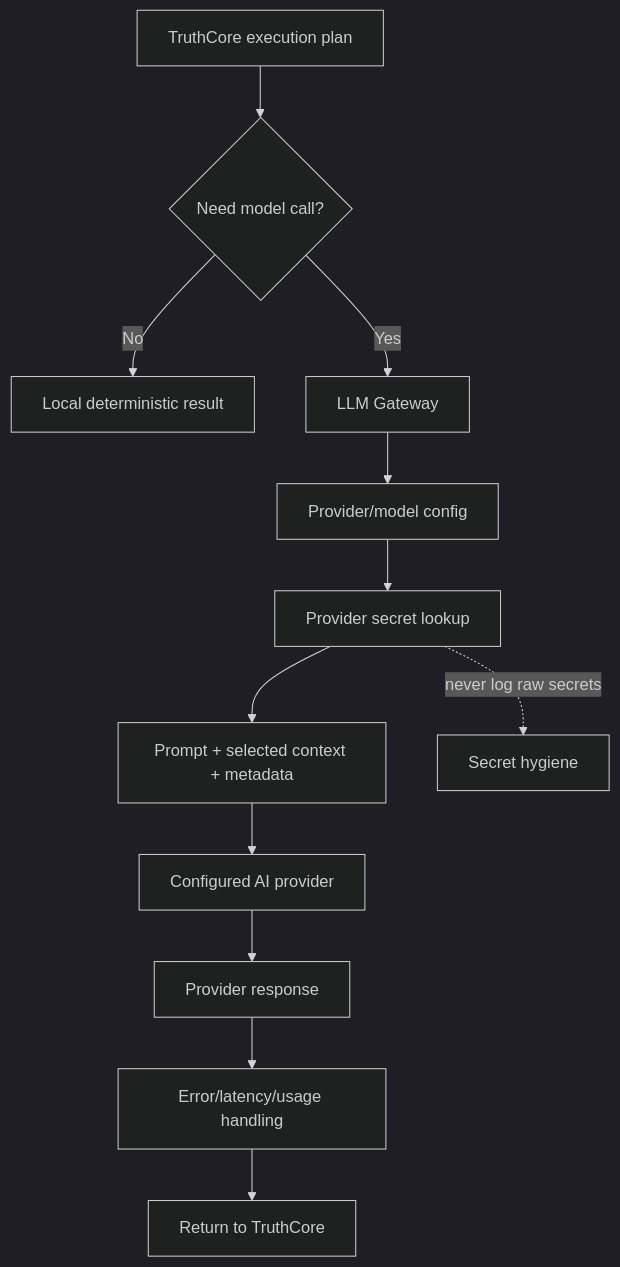
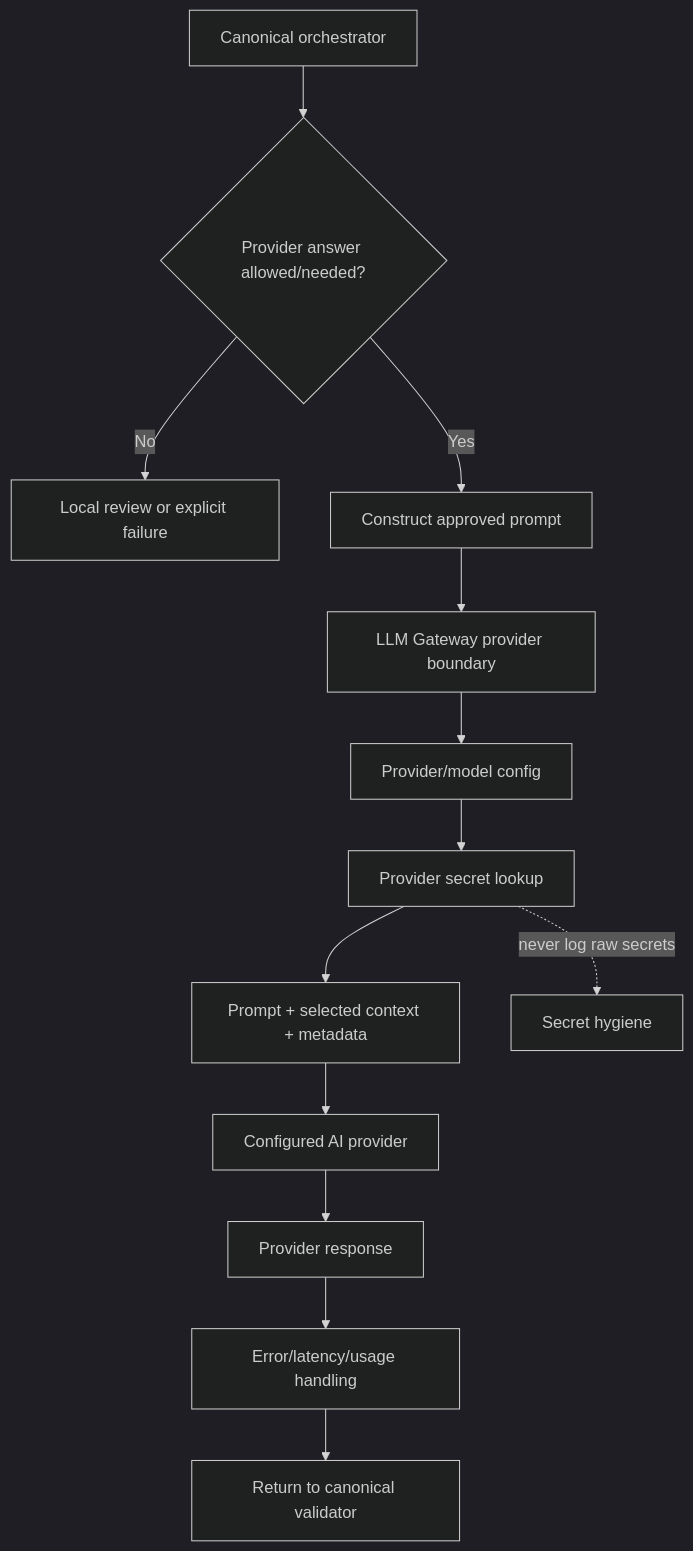
Before and after one commit to kherrera6219/DataLogicEngine: the fifth of 10 diagrams in docs/DATA_FLOW_DIAGRAMS.md, drawn with Mermaid (dark theme). The commit also changed other lines of this file and 99 other files, not shown here.

Commit message:
Complete Phase 5 canonical governed execution checkpoint

````diff
--- a/docs/DATA_FLOW_DIAGRAMS.md
+++ b/docs/DATA_FLOW_DIAGRAMS.md
@@ -166,15 +155,16 @@
 ```mermaid
 flowchart TD
-    PLAN[TruthCore execution plan] --> NEED{Need model call?}
-    NEED -- No --> LOCAL[Local deterministic result]
-    NEED -- Yes --> GW[LLM Gateway]
+    PLAN[Canonical orchestrator] --> NEED{Provider answer allowed/needed?}
+    NEED -- No --> LOCAL[Local review or explicit failure]
+    NEED -- Yes --> PROMPT[Construct approved prompt]
+    PROMPT --> GW[LLM Gateway provider boundary]
     GW --> CFG[Provider/model config]
     CFG --> KEY[Provider secret lookup]
     KEY --> REQ[Prompt + selected context + metadata]
     REQ --> PROVIDER[Configured AI provider]
     PROVIDER --> RESP[Provider response]
     RESP --> CHECK[Error/latency/usage handling]
-    CHECK --> RETURN[Return to TruthCore]
+    CHECK --> RETURN[Return to canonical validator]
 
     KEY -. never log raw secrets .-> SAFE[Secret hygiene]
 ```
````
